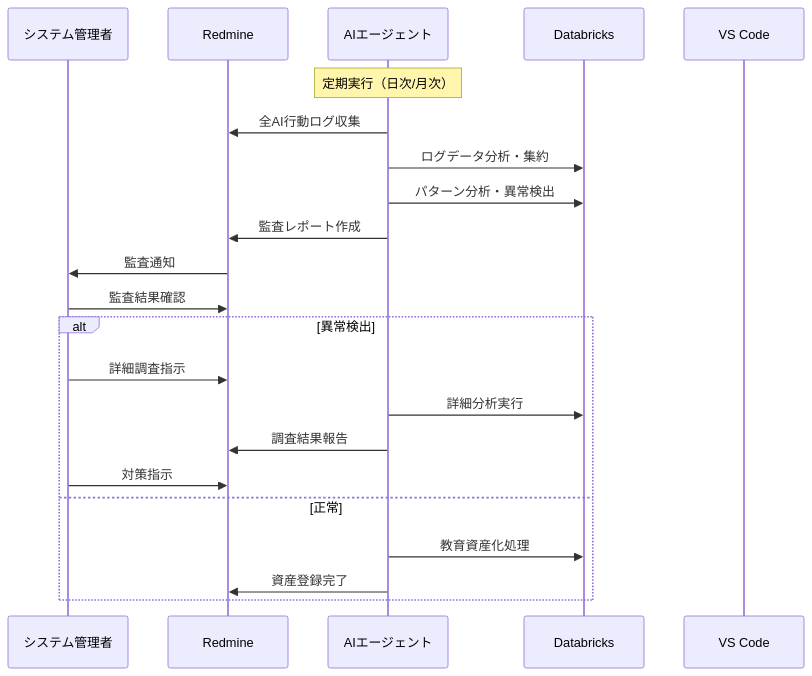
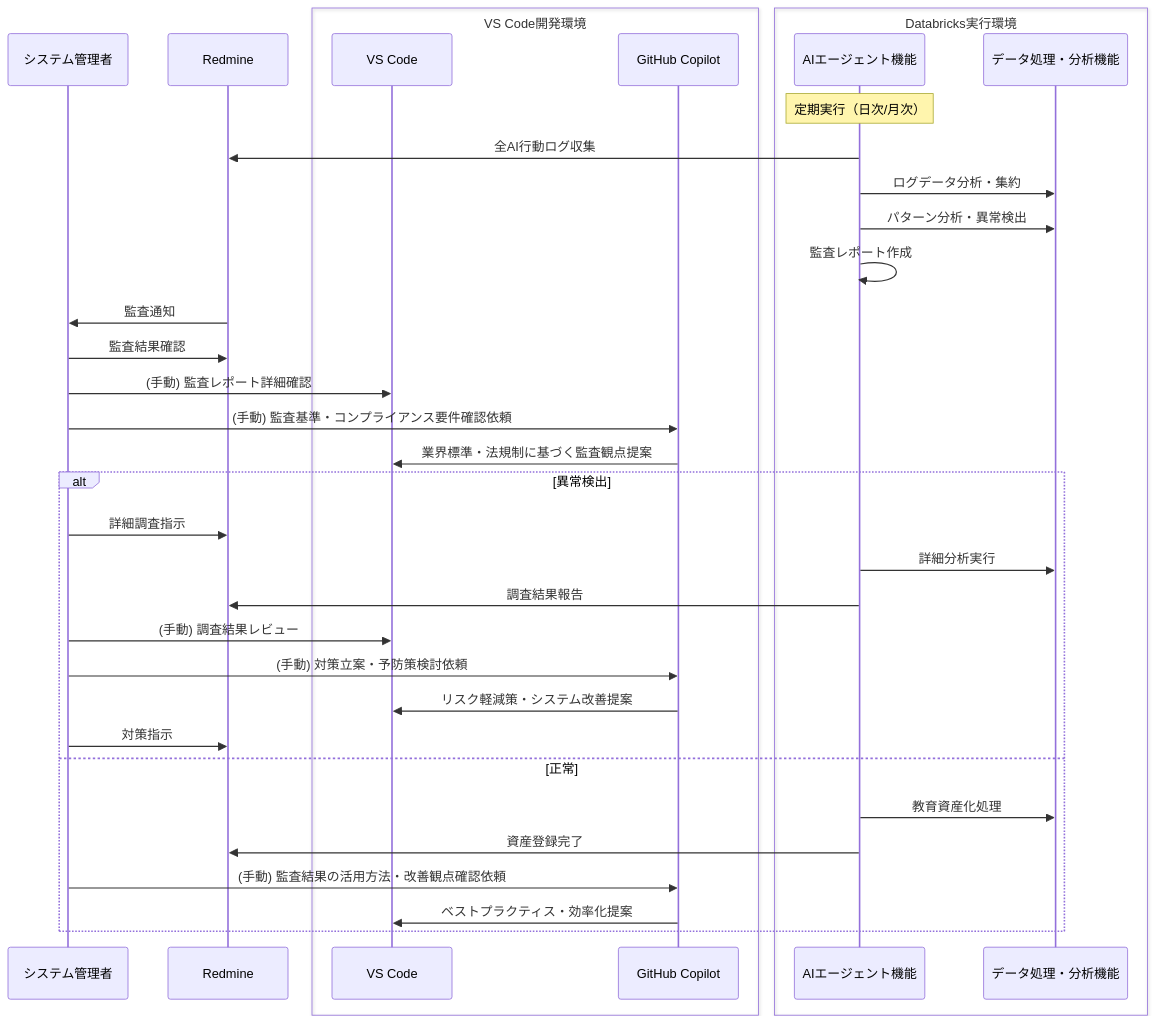
Before and after one commit to daichiTAAA/AgentOpsPlatform: the eighth of 34 diagrams in docs/02000_要件定義/02100_要件定義書.md, drawn with Mermaid. The commit also changed other lines of this file, not shown here.

````diff
--- a/docs/02000_要件定義/02100_要件定義書.md
+++ b/docs/02000_要件定義/02100_要件定義書.md
@@ -208,25 +297,40 @@
 ```mermaid
 sequenceDiagram
     participant S as システム管理者
     participant R as Redmine
-    participant A as AIエージェント
-    participant D as Databricks
-    participant V as VS Code
+    
+    box VS Code開発環境
+        participant V as VS Code
+        participant C as GitHub Copilot
+    end
+    
+    box Databricks実行環境
+        participant A as AIエージェント機能
+        participant D as データ処理・分析機能
+    end
     
     Note over A: 定期実行（日次/月次）
     A->>R: 全AI行動ログ収集
     A->>D: ログデータ分析・集約
     A->>D: パターン分析・異常検出
-    A->>R: 監査レポート作成
+    A->>A: 監査レポート作成
     R->>S: 監査通知
     S->>R: 監査結果確認
+    S->>V: (手動) 監査レポート詳細確認
+    S->>C: (手動) 監査基準・コンプライアンス要件確認依頼
+    C->>V: 業界標準・法規制に基づく監査観点提案
     alt 異常検出
         S->>R: 詳細調査指示
         A->>D: 詳細分析実行
         A->>R: 調査結果報告
+        S->>V: (手動) 調査結果レビュー
+        S->>C: (手動) 対策立案・予防策検討依頼
+        C->>V: リスク軽減策・システム改善提案
         S->>R: 対策指示
     else 正常
         A->>D: 教育資産化処理
         A->>R: 資産登録完了
+        S->>C: (手動) 監査結果の活用方法・改善観点確認依頼
+        C->>V: ベストプラクティス・効率化提案
     end
 ```
````
